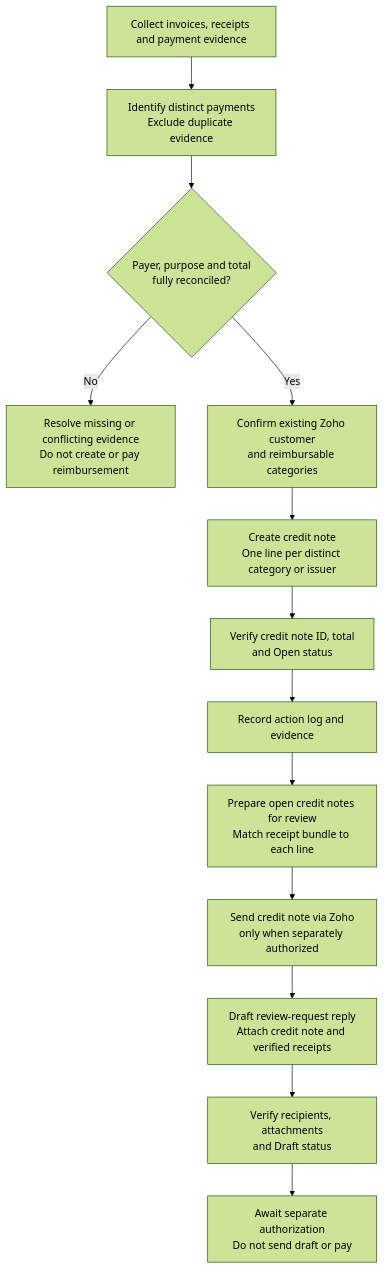
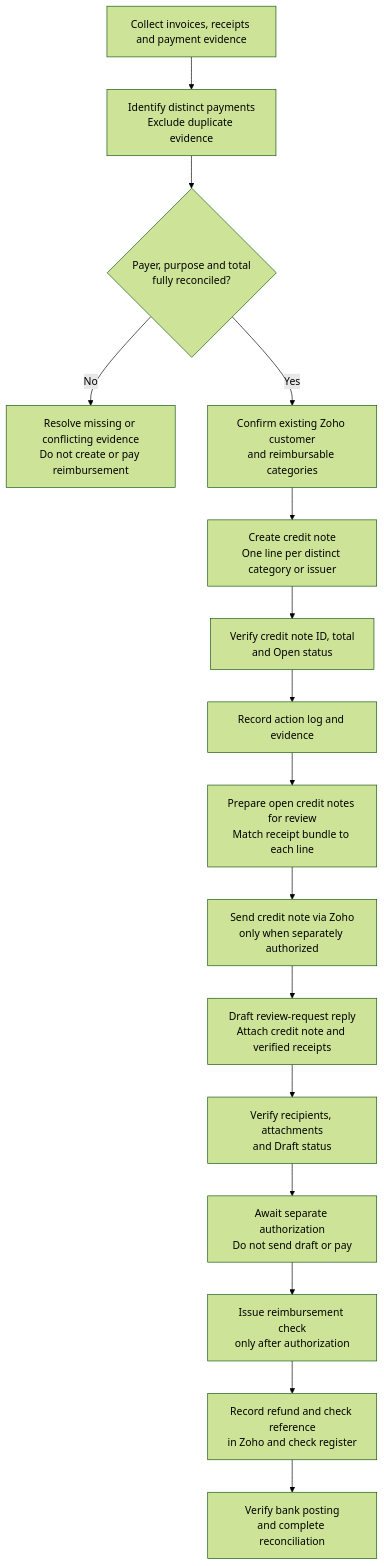
Before and after one commit to SFFilAmLions/club-handbook: the diagram in docs/treasurer/reimbursements.md, drawn with Mermaid (forest theme). The commit also changed other lines of this file and 1 other file, not shown here.

Commit message:
docs(treasurer): document deposit and check posting procedures

````diff
--- a/docs/treasurer/reimbursements.md
+++ b/docs/treasurer/reimbursements.md
@@ -10,15 +10,18 @@
 ```mermaid
 flowchart TD
     A["Collect invoices, receipts and payment evidence"] --> B["Identify distinct payments<br/>Exclude duplicate evidence"]
     B --> C{"Payer, purpose and total<br/>fully reconciled?"}
     C -->|No| D["Resolve missing or conflicting evidence<br/>Do not create or pay reimbursement"]
     C -->|Yes| E["Confirm existing Zoho customer<br/>and reimbursable categories"]
     E --> F["Create credit note<br/>One line per distinct category or issuer"]
     F --> G["Verify credit note ID, total<br/>and Open status"]
     G --> H["Record action log and evidence"]
     H --> I["Prepare open credit notes for review<br/>Match receipt bundle to each line"]
     I --> J["Send credit note via Zoho<br/>only when separately authorized"]
     J --> K["Draft review-request reply<br/>Attach credit note and verified receipts"]
     K --> L["Verify recipients, attachments<br/>and Draft status"]
     L --> M["Await separate authorization<br/>Do not send draft or pay"]
+    M --> N["Issue reimbursement check<br/>only after authorization"]
+    N --> O["Record refund and check reference<br/>in Zoho and check register"]
+    O --> P["Verify bank posting<br/>and complete reconciliation"]
 ```
````
